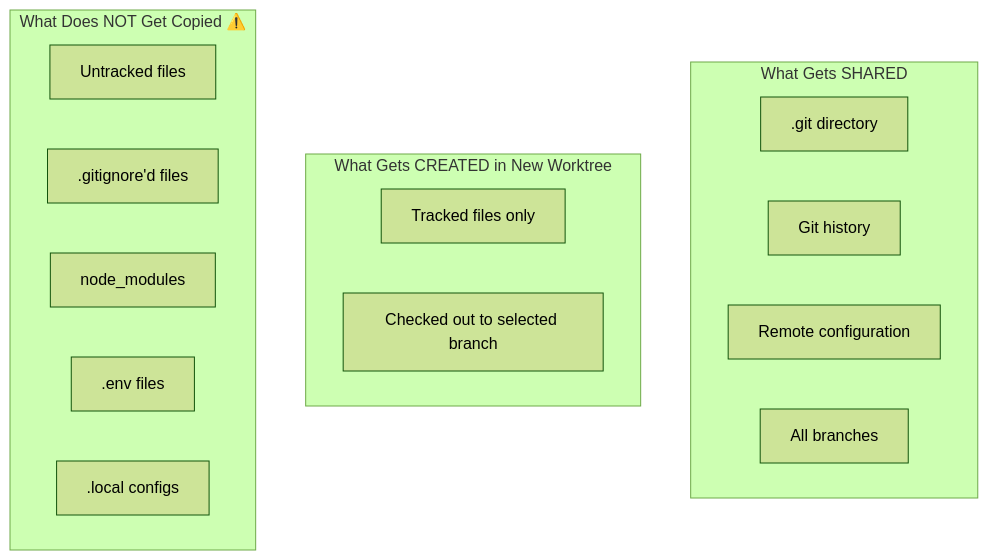
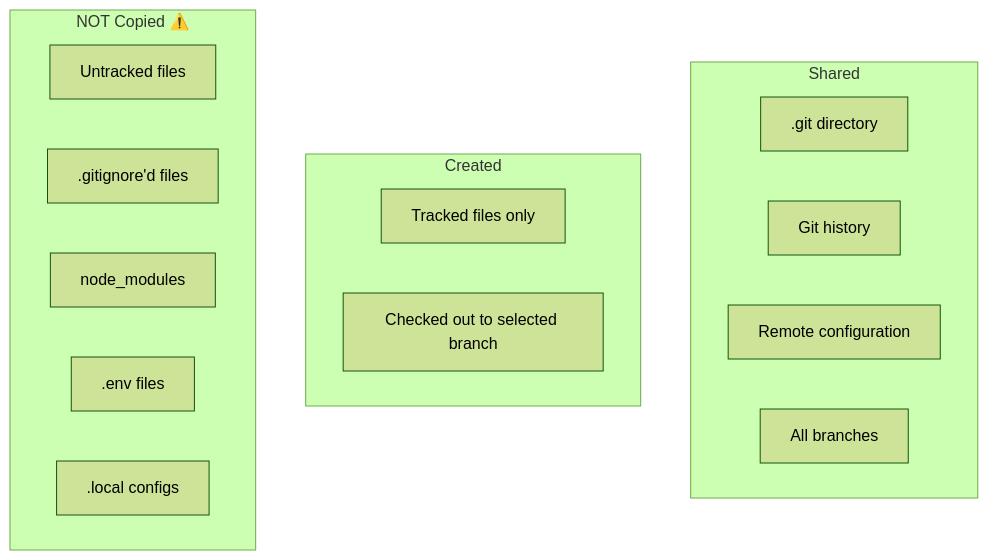
Before and after one commit to pawel-troc/worktree-cli: the fourth of 6 diagrams in docs/WHY_WORKTREES.md, drawn with Mermaid (forest theme). The commit also changed 1 other file, not shown here.

Commit message:
docs: rearrange and fix WHY_WORKTREES.md

````diff
--- a/docs/WHY_WORKTREES.md
+++ b/docs/WHY_WORKTREES.md
@@ -115,22 +115,22 @@
 ```mermaid
 graph TD
-    subgraph "What Gets SHARED"
+    subgraph "Shared"
         G[.git directory]
         H[Git history]
         R[Remote configuration]
         B[All branches]
     end
     
-    subgraph "What Gets CREATED in New Worktree"
+    subgraph "Created"
         T[Tracked files only]
         TN[Checked out to selected branch]
     end
     
-    subgraph "What Does NOT Get Copied ⚠️"
+    subgraph "NOT Copied ⚠️"
         U[Untracked files]
         I[.gitignore'd files]
         N[node_modules]
         E[.env files]
         L[.local configs]
     end
 ```
````
